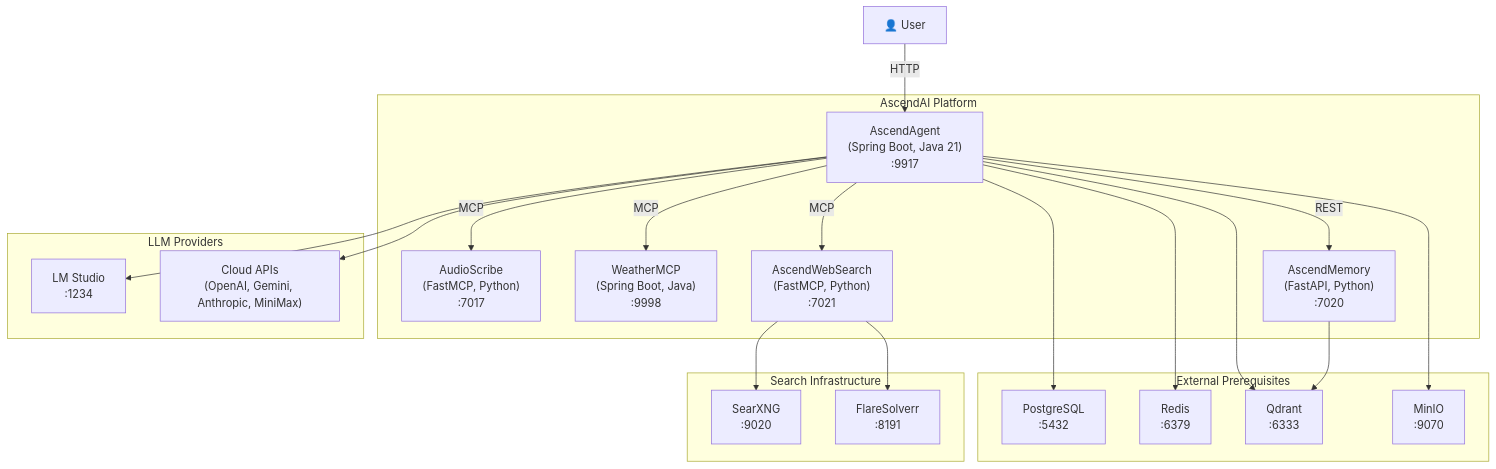
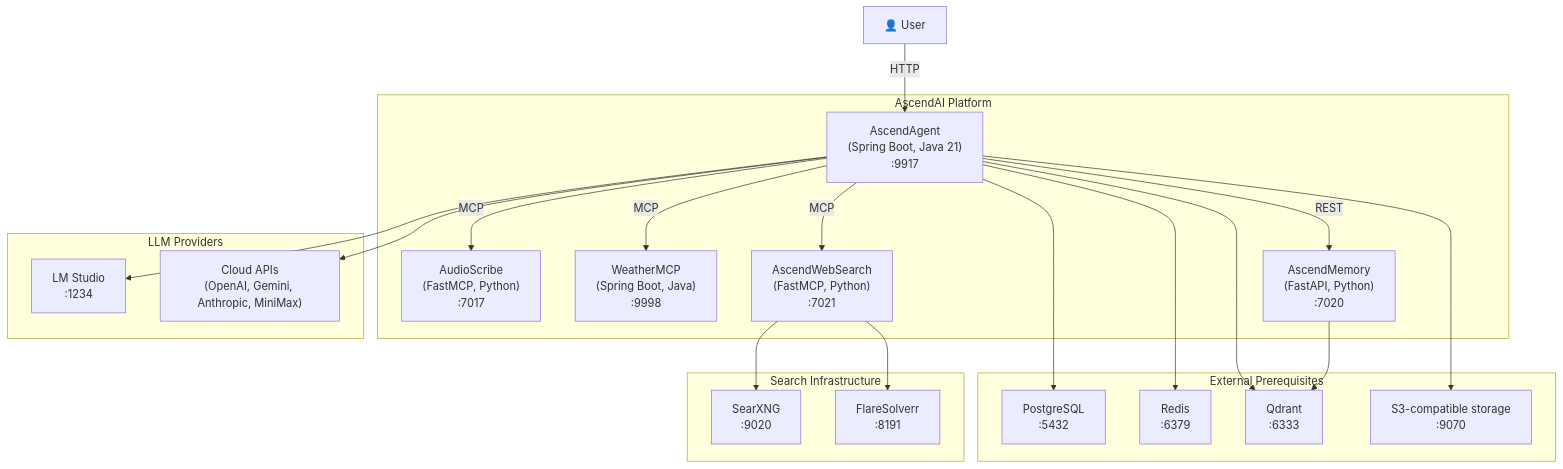
The diagram in AscendAgent/docs/architecture/diagrams/container-diagram.md (Lukk17/AscendAI), drawn with Mermaid before and after one commit. The commit also changed other lines of this file and 207 other files, not shown here.

First line of the commit message:
feat(storage): replace MinIO with Floci as the local object store

````diff
--- a/AscendAgent/docs/architecture/diagrams/container-diagram.md
+++ b/AscendAgent/docs/architecture/diagrams/container-diagram.md
@@ -3,44 +3,44 @@
 ```mermaid
 graph TB
     User["👤 User"]
 
     subgraph "AscendAI Platform"
         AscendAgent["AscendAgent<br/>(Spring Boot, Java 21)<br/>:9917"]
         AudioScribe["AudioScribe<br/>(FastMCP, Python)<br/>:7017"]
         Weather["WeatherMCP<br/>(Spring Boot, Java)<br/>:9998"]
         WebSearch["AscendWebSearch<br/>(FastMCP, Python)<br/>:7021"]
         Memory["AscendMemory<br/>(FastAPI, Python)<br/>:7020"]
     end
 
     subgraph "External Prerequisites"
         Postgres["PostgreSQL<br/>:5432"]
         Redis["Redis<br/>:6379"]
         Qdrant["Qdrant<br/>:6333"]
-        MinIO["MinIO<br/>:9070"]
+        S3["S3-compatible storage<br/>:9070"]
     end
 
     subgraph "Search Infrastructure"
         SearXNG["SearXNG<br/>:9020"]
         FlareSolverr["FlareSolverr<br/>:8191"]
     end
 
     subgraph "LLM Providers"
         LMStudio["LM Studio<br/>:1234"]
         CloudAPIs["Cloud APIs<br/>(OpenAI, Gemini, Anthropic, MiniMax)"]
     end
 
     User -->|"HTTP"| AscendAgent
     AscendAgent -->|"MCP"| AudioScribe
     AscendAgent -->|"MCP"| Weather
     AscendAgent -->|"MCP"| WebSearch
     AscendAgent -->|"REST"| Memory
     AscendAgent --> Postgres
     AscendAgent --> Redis
     AscendAgent --> Qdrant
-    AscendAgent --> MinIO
+    AscendAgent --> S3
     AscendAgent --> LMStudio
     AscendAgent --> CloudAPIs
     WebSearch --> SearXNG
     WebSearch --> FlareSolverr
     Memory --> Qdrant
 ```
````
